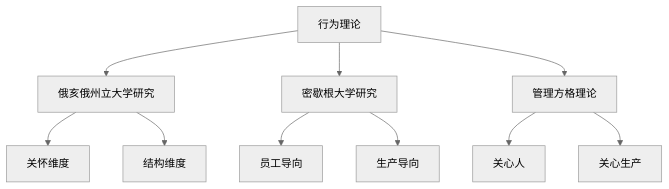
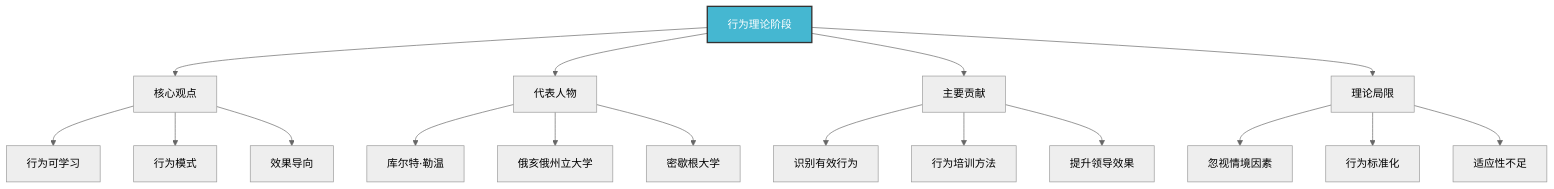
The third of 9 diagrams in 企业领导力/01-基础认知层/03-领导力发展历程.md (Anping2017/obsidian), drawn with Mermaid (neutral theme) before and after one commit. The commit also changed other lines of this file and 8 other files, not shown here.

````diff
--- a/企业领导力/01-基础认知层/03-领导力发展历程.md
+++ b/企业领导力/01-基础认知层/03-领导力发展历程.md
@@ -72,15 +73,25 @@
 ```mermaid
 graph TD
-    A[行为理论] --> B[俄亥俄州立大学研究]
-    A --> C[密歇根大学研究]
-    A --> D[管理方格理论]
+    A[行为理论阶段] --> B[核心观点]
+    A --> C[代表人物]
+    A --> D[主要贡献]
+    A --> E[理论局限]
     
-    B --> B1[关怀维度]
-    B --> B2[结构维度]
+    B --> B1[行为可学习]
+    B --> B2[行为模式]
+    B --> B3[效果导向]
     
-    C --> C1[员工导向]
-    C --> C2[生产导向]
+    C --> C1[库尔特·勒温]
+    C --> C2[俄亥俄州立大学]
+    C --> C3[密歇根大学]
     
-    D --> D1[关心人]
-    D --> D2[关心生产]
+    D --> D1[识别有效行为]
+    D --> D2[行为培训方法]
+    D --> D3[提升领导效果]
+    
+    E --> E1[忽视情境因素]
+    E --> E2[行为标准化]
+    E --> E3[适应性不足]
+    
+    style A fill:#45b7d1,stroke:#333,stroke-width:2px,color:#fff
 ```
````
